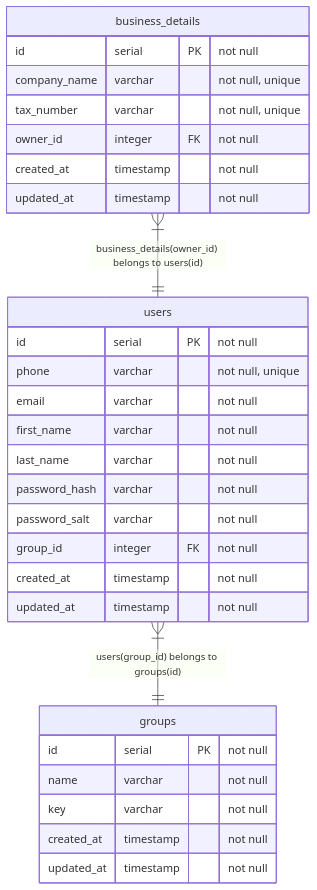
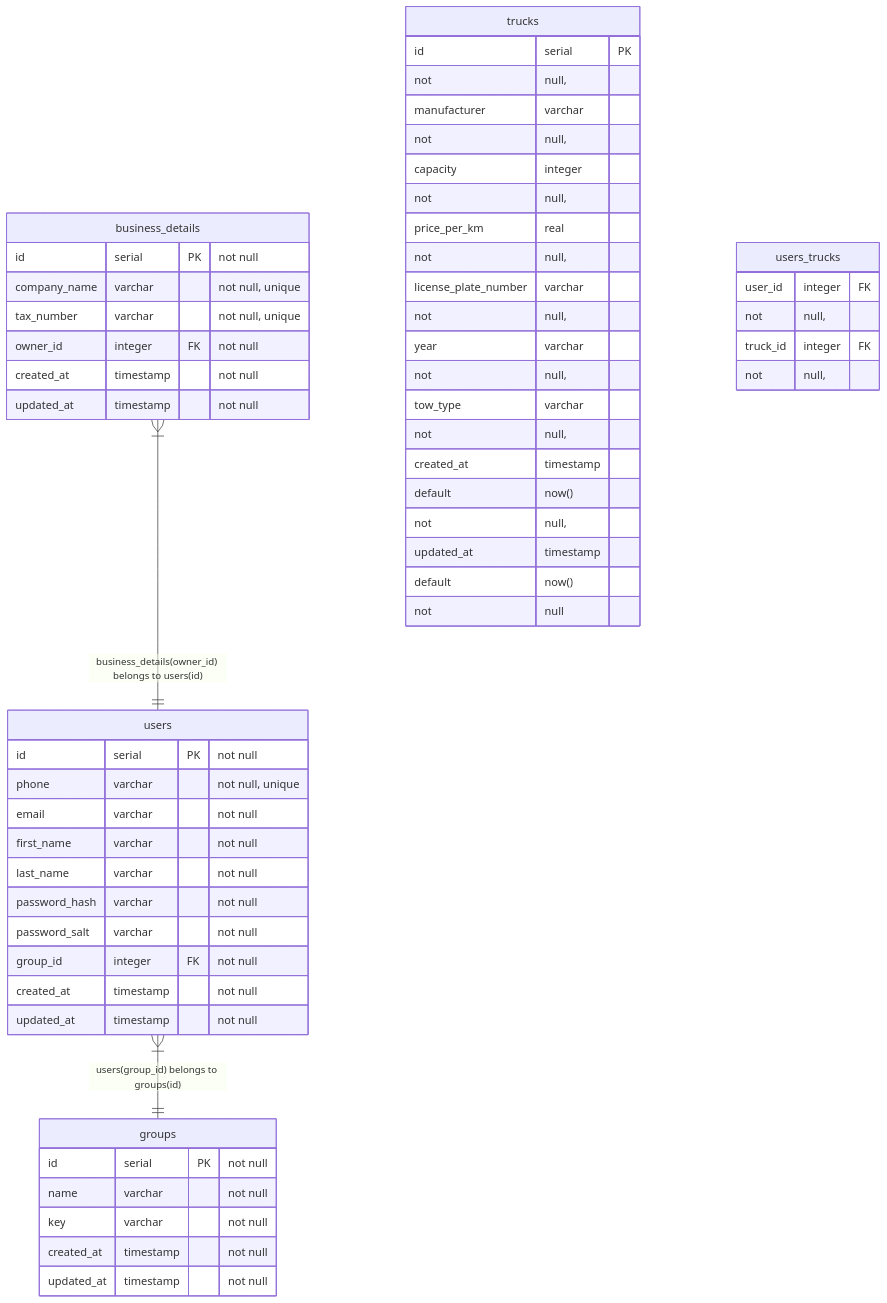
The diagram in readme.md (BinaryStudioAcademy/bsa-2023-towhub), drawn with Mermaid before and after one commit.

Commit message:
th-87: * erDiagram

````diff
--- a/readme.md
+++ b/readme.md
@@ -45,38 +45,55 @@
 ```mermaid
 
 erDiagram
 
     users {
         id serial PK "not null"
         phone varchar "not null, unique"
         email varchar "not null"
         first_name varchar "not null"
         last_name varchar "not null"
         password_hash varchar "not null"
         password_salt varchar "not null"
         group_id integer FK "not null"
         created_at timestamp "not null"
         updated_at timestamp "not null"
     }
 
     groups {
         id serial PK "not null"
         name varchar "not null"
         key varchar "not null"
         created_at timestamp "not null"
         updated_at timestamp "not null"
     }
 
     business_details {
         id serial PK "not null"
         company_name varchar "not null, unique"
         tax_number varchar "not null, unique"
         owner_id integer FK "not null"
         created_at timestamp "not null"
         updated_at timestamp "not null"
     }
 
     users one or many -- one groups: "users(group_id) belongs to groups(id)"
     business_details one or many -- one users: "business_details(owner_id) belongs to users(id)"
 
+    trucks {
+        id serial PK not null,
+        manufacturer varchar not null,
+        capacity integer not null,
+        price_per_km real not null,
+        license_plate_number varchar not null,
+        year varchar not null,
+        tow_type varchar not null,
+        created_at timestamp default now() not null,
+        updated_at timestamp default now() not null
+    }
+
+    users_trucks {
+        user_id integer FK not null,
+        truck_id integer FK not null,
+    }
+
 ```
````
